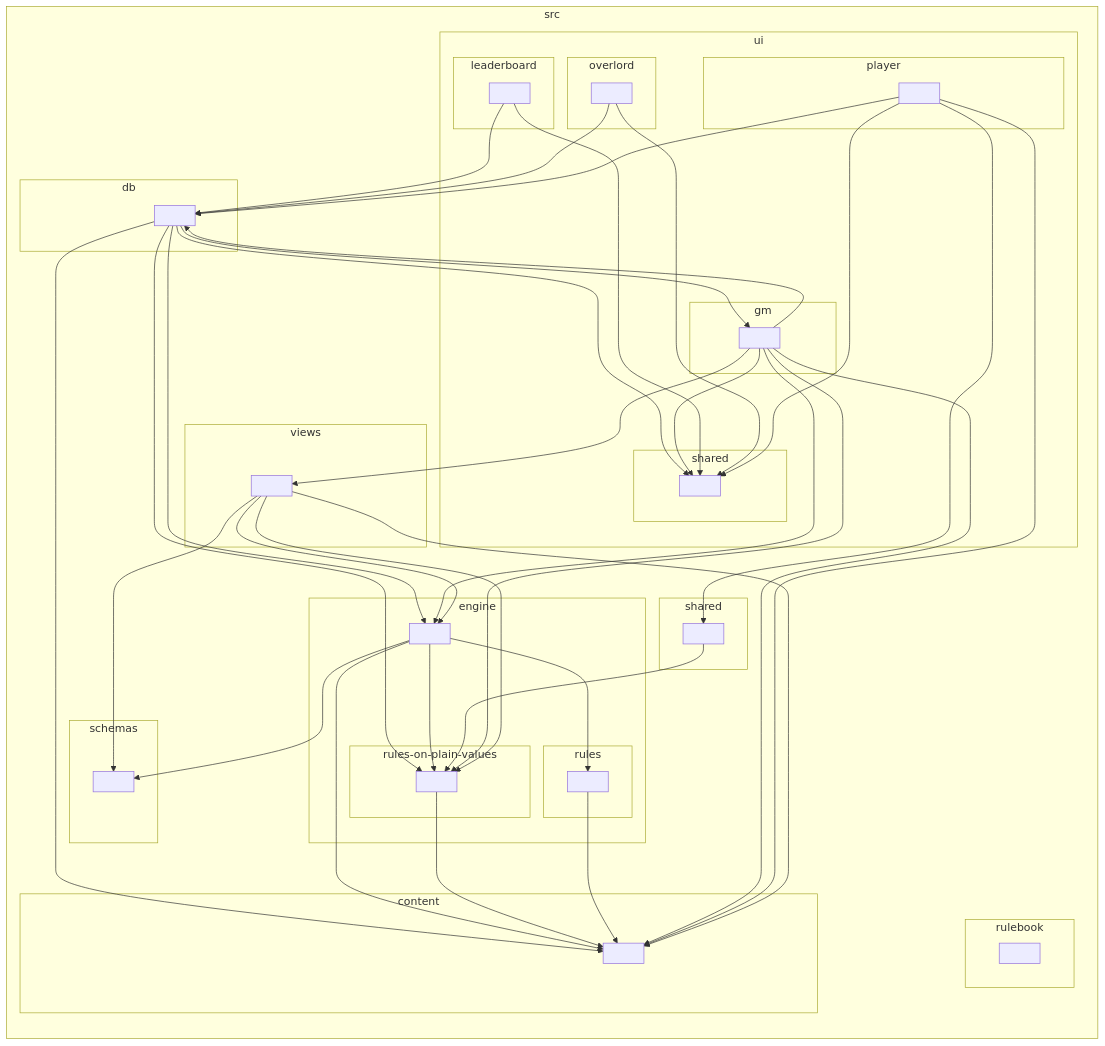
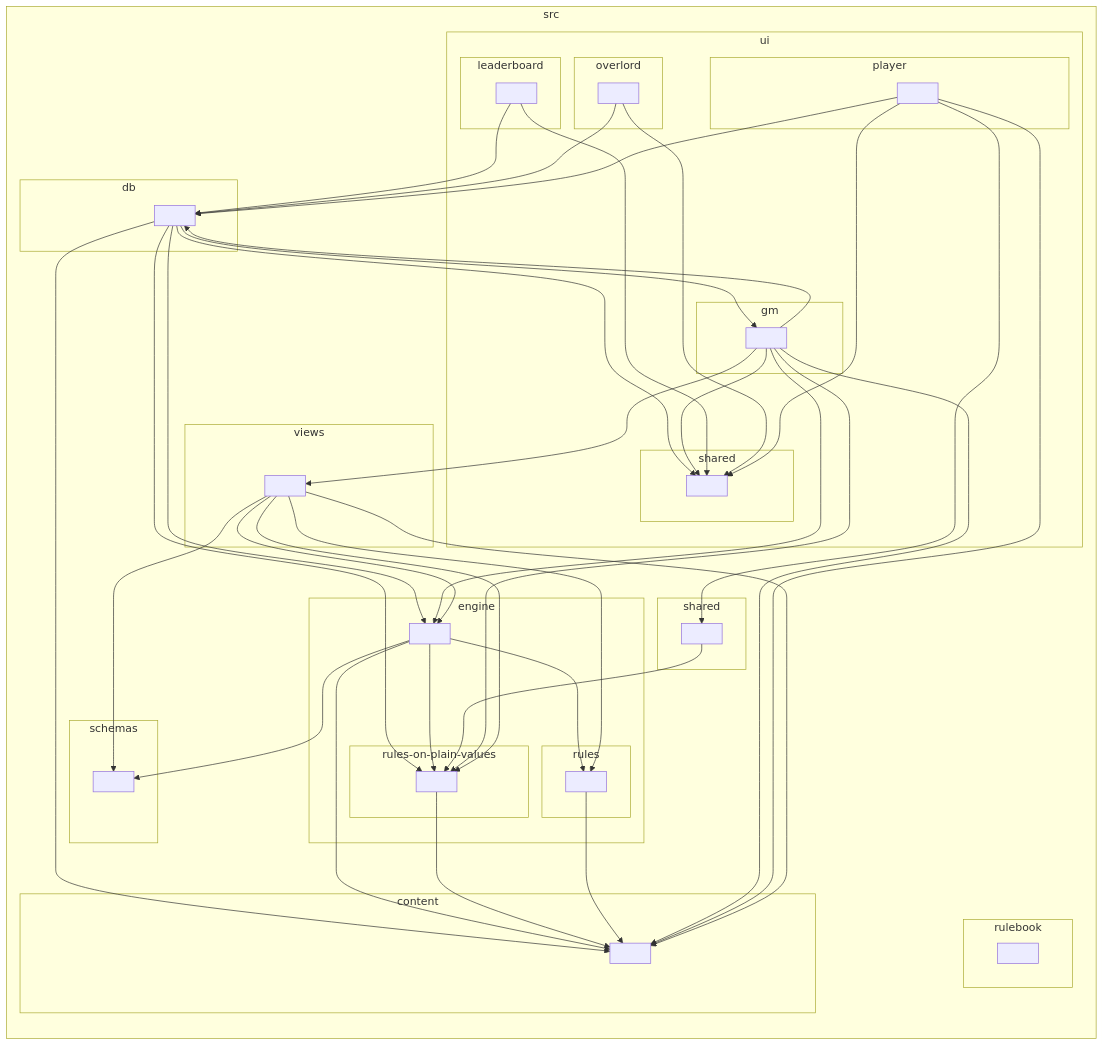
Before and after one commit to Nestalawe/kingdoms-call: the diagram in docs/ARCHITECTURE.md, drawn with Mermaid. The commit also changed other lines of this file and 32 other files, not shown here.

````diff
--- a/docs/ARCHITECTURE.md
+++ b/docs/ARCHITECTURE.md
@@ -226,80 +226,81 @@
 ```mermaid
 flowchart LR
 
 subgraph src["src"]
   subgraph src_content["content"]
     src_content_[" "]
   end
   subgraph src_db["db"]
     src_db_[" "]
   end
   subgraph src_engine["engine"]
     src_engine_[" "]
     subgraph src_engine_rules_on_plain_values["rules-on-plain-values"]
       src_engine_rules_on_plain_values_[" "]
     end
     subgraph src_engine_rules["rules"]
       src_engine_rules_[" "]
     end
   end
   subgraph src_rulebook["rulebook"]
     src_rulebook_[" "]
   end
   subgraph src_schemas["schemas"]
     src_schemas_[" "]
   end
   subgraph src_shared["shared"]
     src_shared_[" "]
   end
   subgraph src_ui["ui"]
     subgraph src_ui_gm["gm"]
       src_ui_gm_[" "]
     end
     subgraph src_ui_leaderboard["leaderboard"]
       src_ui_leaderboard_[" "]
     end
     subgraph src_ui_overlord["overlord"]
       src_ui_overlord_[" "]
     end
     subgraph src_ui_player["player"]
       src_ui_player_[" "]
     end
     subgraph src_ui_shared["shared"]
       src_ui_shared_[" "]
     end
   end
   subgraph src_views["views"]
     src_views_[" "]
   end
 end
 src_db_-->src_engine_rules_on_plain_values_
 src_db_-->src_ui_gm_
 src_db_-->src_ui_shared_
 src_db_-->src_content_
 src_db_-->src_engine_
 src_engine_-->src_content_
 src_engine_-->src_engine_rules_on_plain_values_
 src_engine_-->src_schemas_
 src_engine_-->src_engine_rules_
 src_engine_rules_on_plain_values_-->src_content_
 src_engine_rules_-->src_content_
 src_shared_-->src_engine_rules_on_plain_values_
 src_ui_gm_-->src_content_
 src_ui_gm_-->src_db_
 src_ui_gm_-->src_engine_
 src_ui_gm_-->src_ui_shared_
 src_ui_gm_-->src_engine_rules_on_plain_values_
 src_ui_gm_-->src_views_
 src_ui_leaderboard_-->src_db_
 src_ui_leaderboard_-->src_ui_shared_
 src_ui_overlord_-->src_db_
 src_ui_overlord_-->src_ui_shared_
 src_ui_player_-->src_content_
 src_ui_player_-->src_ui_shared_
 src_ui_player_-->src_shared_
 src_ui_player_-->src_db_
 src_views_-->src_engine_
 src_views_-->src_content_
 src_views_-->src_engine_rules_on_plain_values_
+src_views_-->src_engine_rules_
 src_views_-->src_schemas_
 ```
````
